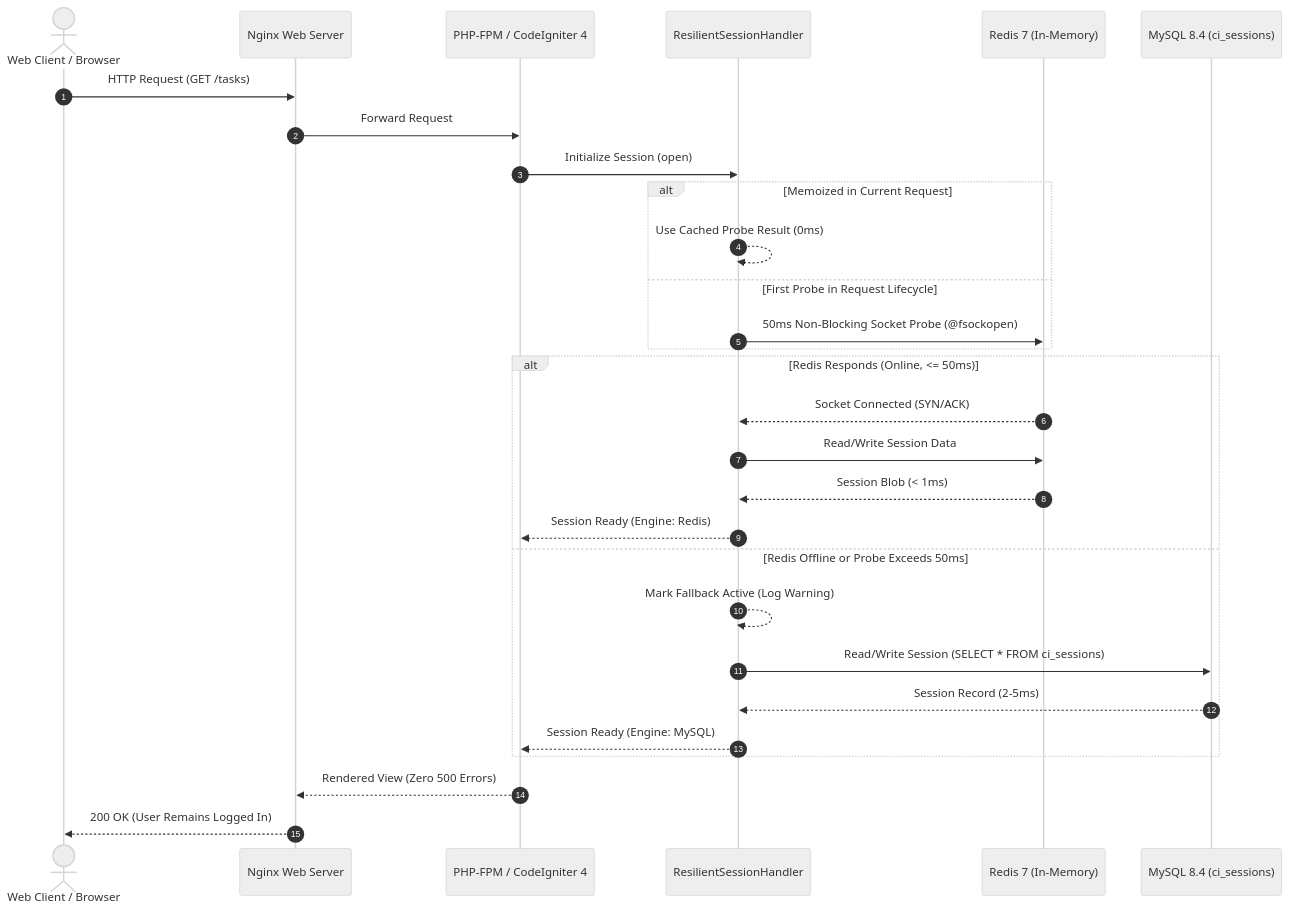
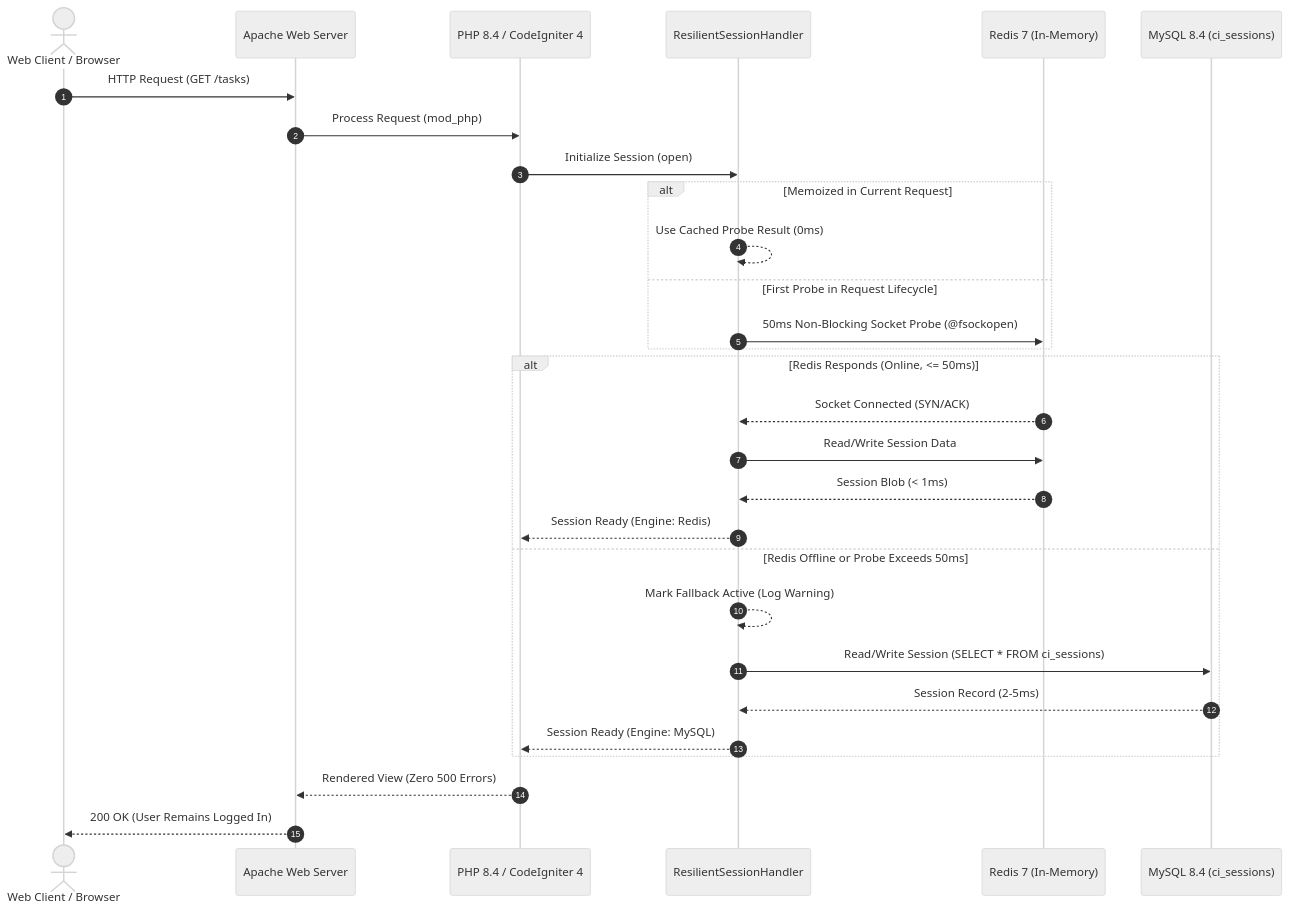
The diagram in docs/architecture/resilience-and-failover.md (Niccher/AI-Agile-Project-Management-Suite), drawn with Mermaid (neutral theme) before and after one commit. The commit also changed 16 other files, not shown here.

First line of the commit message:
feat(web): migrate webapp to php:8.4.27-apache and patch CVE-2026-109618/19

````diff
--- a/docs/architecture/resilience-and-failover.md
+++ b/docs/architecture/resilience-and-failover.md
@@ -36,35 +36,35 @@
 ```mermaid
 sequenceDiagram
     autonumber
     actor User as Web Client / Browser
-    participant Nginx as Nginx Web Server
-    participant PHP as PHP-FPM / CodeIgniter 4
+    participant Apache as Apache Web Server
+    participant PHP as PHP 8.4 / CodeIgniter 4
     participant Resilient as ResilientSessionHandler
     participant Redis as Redis 7 (In-Memory)
     participant MySQL as MySQL 8.4 (ci_sessions)
 
-    User->>Nginx: HTTP Request (GET /tasks)
-    Nginx->>PHP: Forward Request
+    User->>Apache: HTTP Request (GET /tasks)
+    Apache->>PHP: Process Request (mod_php)
     PHP->>Resilient: Initialize Session (open)
     
     alt Memoized in Current Request
         Resilient-->>Resilient: Use Cached Probe Result (0ms)
     else First Probe in Request Lifecycle
         Resilient->>Redis: 50ms Non-Blocking Socket Probe (@fsockopen)
     end
 
     alt Redis Responds (Online, <= 50ms)
         Redis-->>Resilient: Socket Connected (SYN/ACK)
         Resilient->>Redis: Read/Write Session Data
         Redis-->>Resilient: Session Blob (< 1ms)
         Resilient-->>PHP: Session Ready (Engine: Redis)
     else Redis Offline or Probe Exceeds 50ms
         Resilient-->>Resilient: Mark Fallback Active (Log Warning)
         Resilient->>MySQL: Read/Write Session (SELECT * FROM ci_sessions)
         MySQL-->>Resilient: Session Record (2-5ms)
         Resilient-->>PHP: Session Ready (Engine: MySQL)
     end
 
-    PHP-->>Nginx: Rendered View (Zero 500 Errors)
-    Nginx-->>User: 200 OK (User Remains Logged In)
+    PHP-->>Apache: Rendered View (Zero 500 Errors)
+    Apache-->>User: 200 OK (User Remains Logged In)
 ```
````
